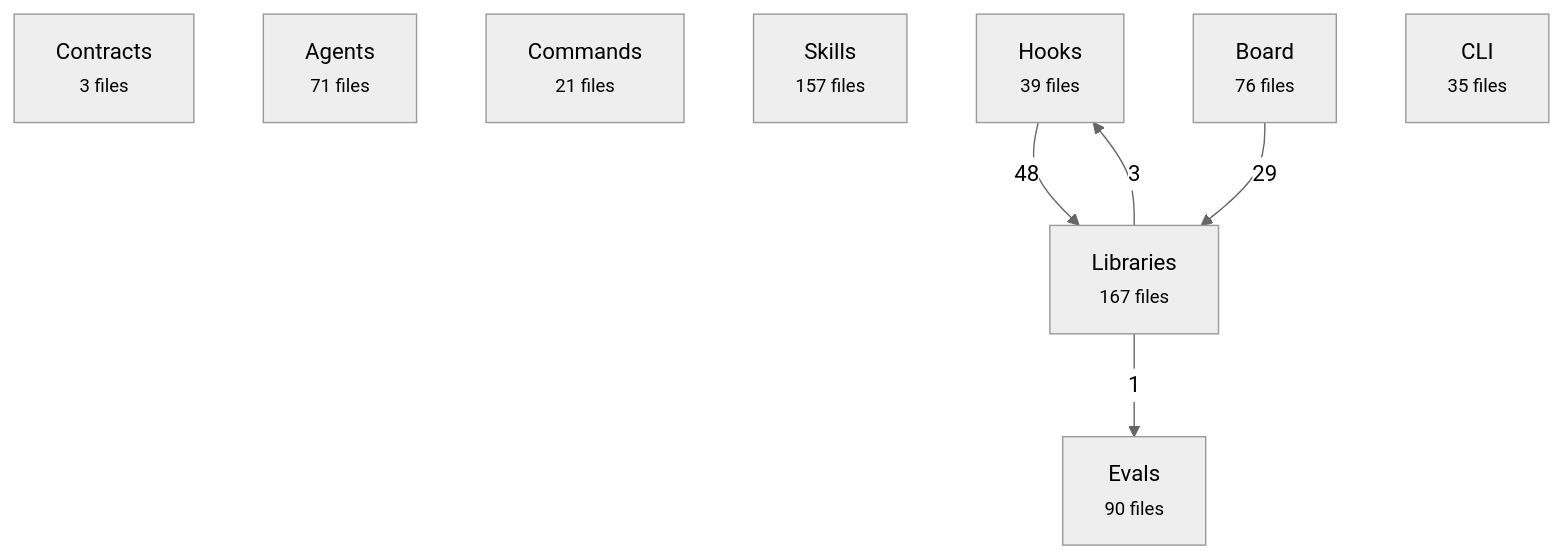
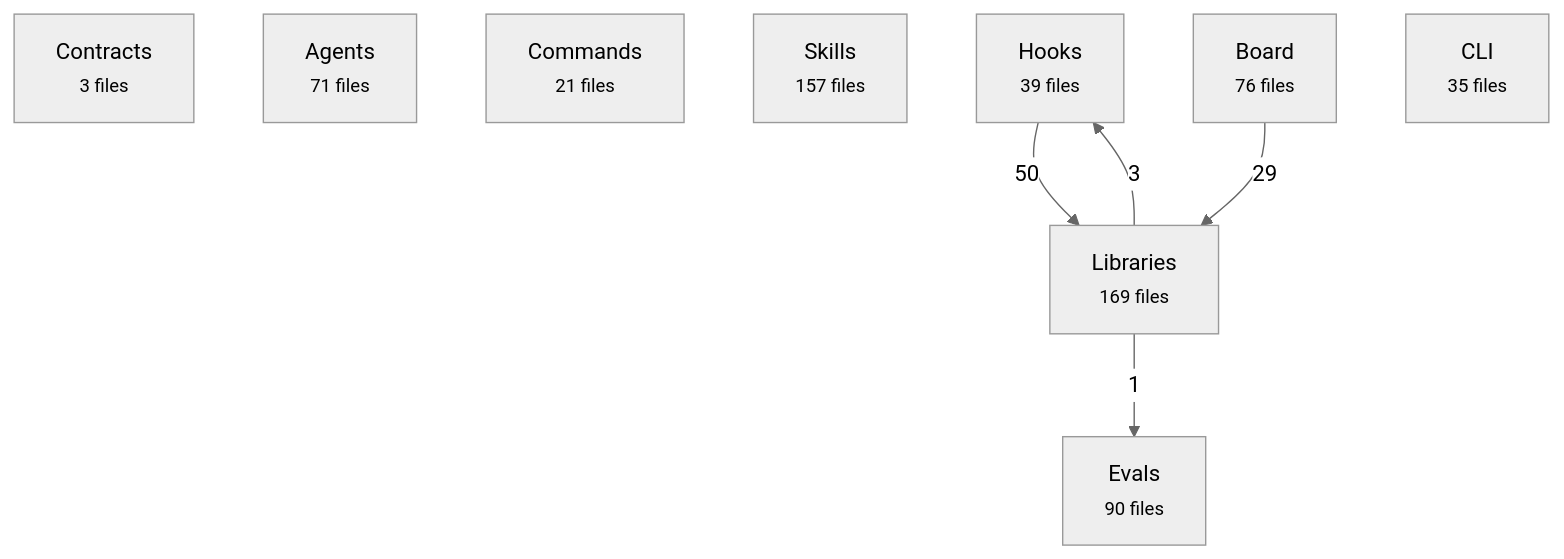
One commit to avelikiy/great_cto changed the first of 2 diagrams in docs/reference/architecture-map.md. Above: the diagram before and after it, drawn with Mermaid (neutral theme). The commit also changed other lines of this file and 12 other files, not shown here.

````diff
--- a/docs/reference/architecture-map.md
+++ b/docs/reference/architecture-map.md
@@ -20,16 +20,16 @@
 ```mermaid
 flowchart TD
   contracts["Contracts<br/><small>3 files</small>"]
   agents["Agents<br/><small>71 files</small>"]
   commands["Commands<br/><small>21 files</small>"]
   skills["Skills<br/><small>157 files</small>"]
   hooks["Hooks<br/><small>39 files</small>"]
-  libs["Libraries<br/><small>167 files</small>"]
+  libs["Libraries<br/><small>169 files</small>"]
   board["Board<br/><small>76 files</small>"]
   cli["CLI<br/><small>35 files</small>"]
   evals["Evals<br/><small>90 files</small>"]
-  hooks -->|48| libs
+  hooks -->|50| libs
   board -->|29| libs
   libs -->|3| hooks
   libs -->|1| evals
 ```
````
